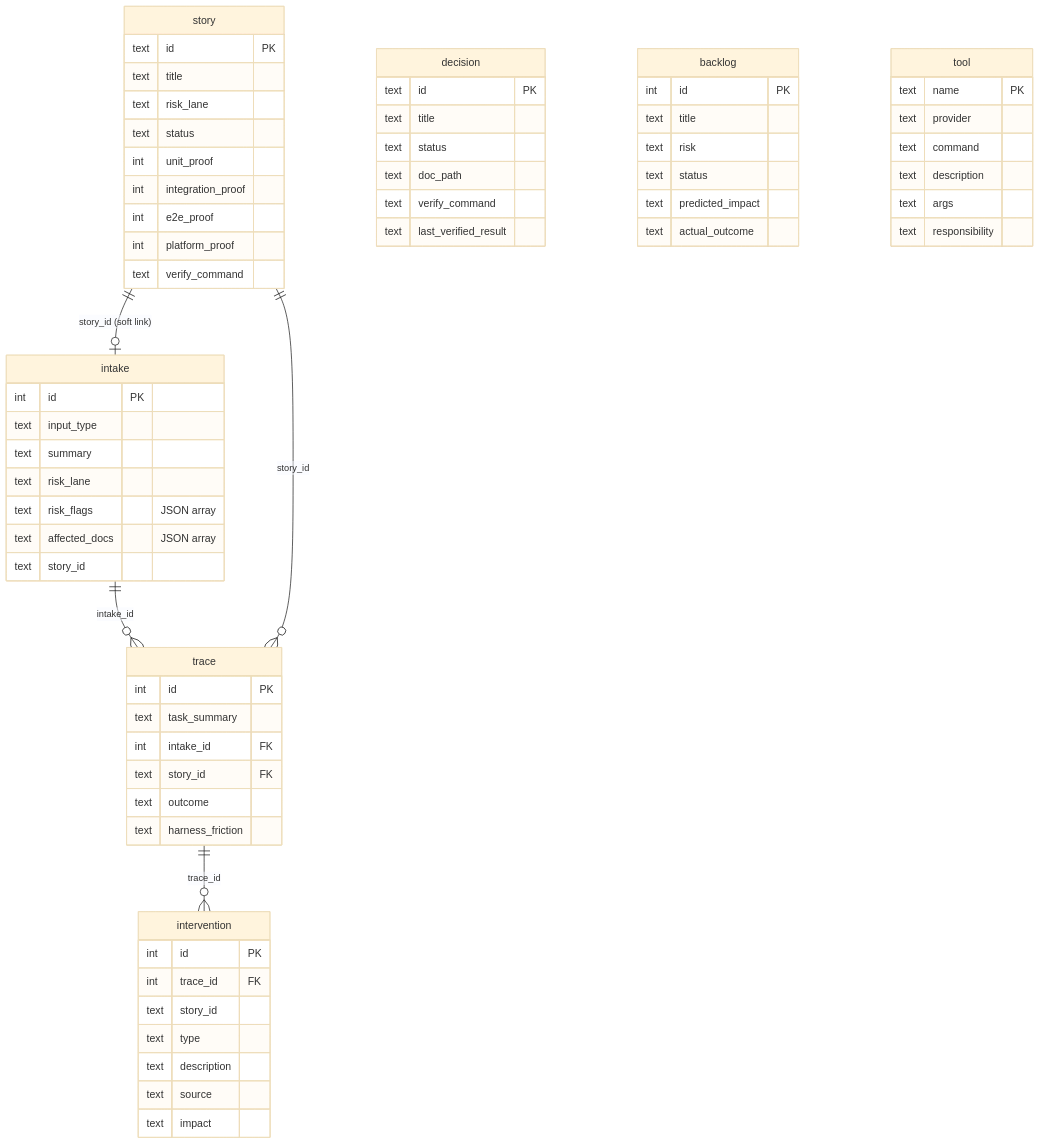
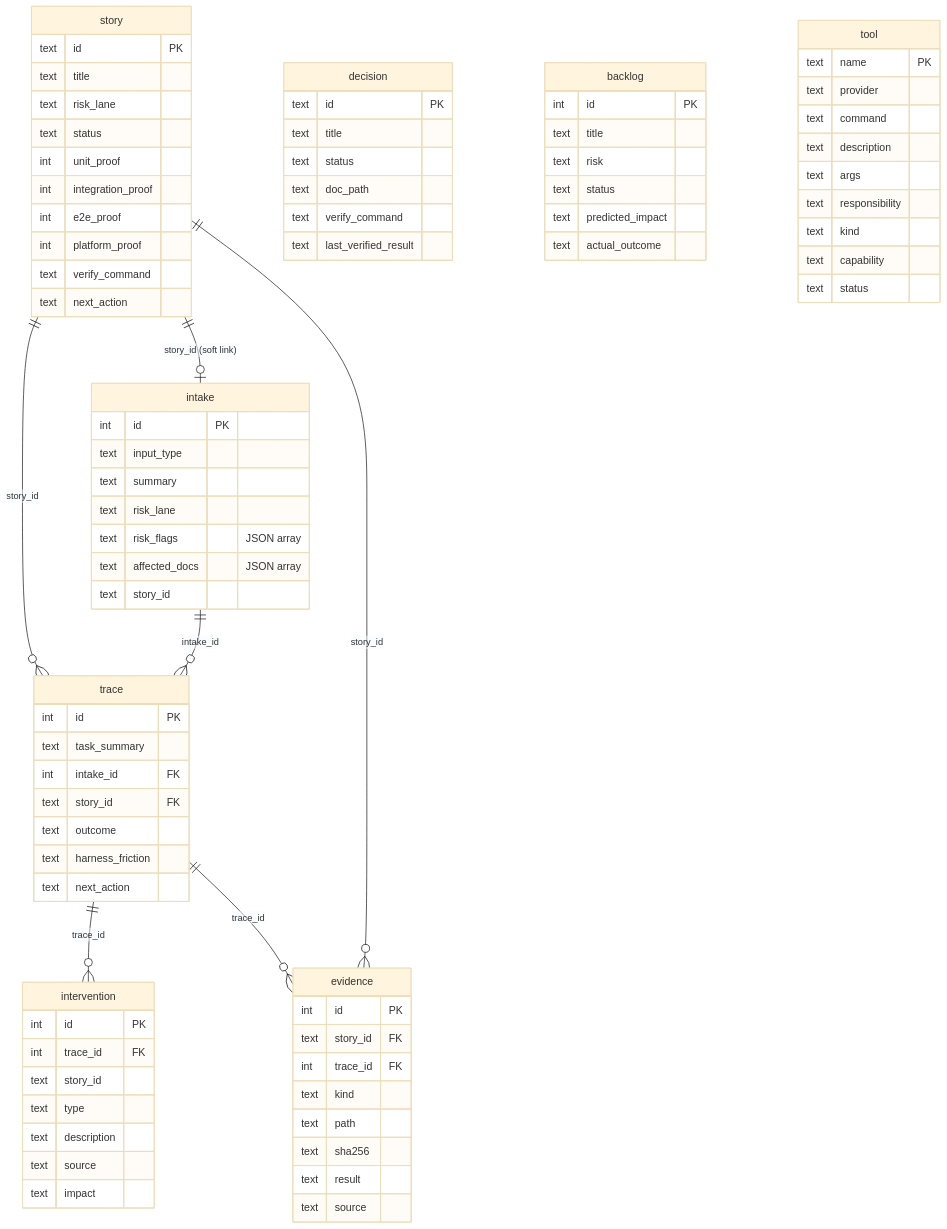
One commit to haketienloc10/repo-harness changed the diagram in docs/wiki/data-model.md. Above: the diagram before and after it, drawn with Mermaid (base theme). The commit also changed other lines of this file and 5 other files, not shown here.

````diff
--- a/docs/wiki/data-model.md
+++ b/docs/wiki/data-model.md
@@ -47,6 +57,7 @@
     int e2e_proof
     int platform_proof
     text verify_command
+    text next_action
   }
   decision {
     text id PK
@@ -71,6 +82,7 @@
     text story_id FK
     text outcome
     text harness_friction
+    text next_action
   }
   tool {
     text name PK
@@ -79,6 +91,9 @@
     text description
     text args
     text responsibility
+    text kind
+    text capability
+    text status
   }
   intervention {
     int id PK
@@ -89,8 +104,20 @@
     text source
     text impact
   }
+  evidence {
+    int id PK
+    text story_id FK
+    int trace_id FK
+    text kind
+    text path
+    text sha256
+    text result
+    text source
+  }
   intake ||--o{ trace : "intake_id"
   story ||--o{ trace : "story_id"
   story ||--o| intake : "story_id (soft link)"
   trace ||--o{ intervention : "trace_id"
+  story ||--o{ evidence : "story_id"
+  trace ||--o{ evidence : "trace_id"
 ```
````
